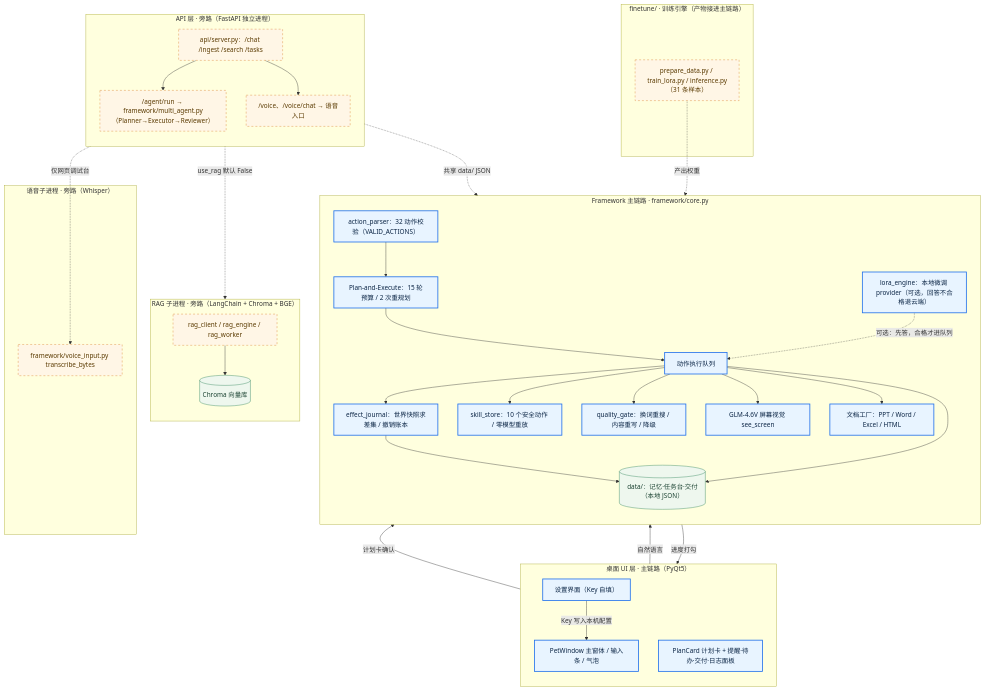
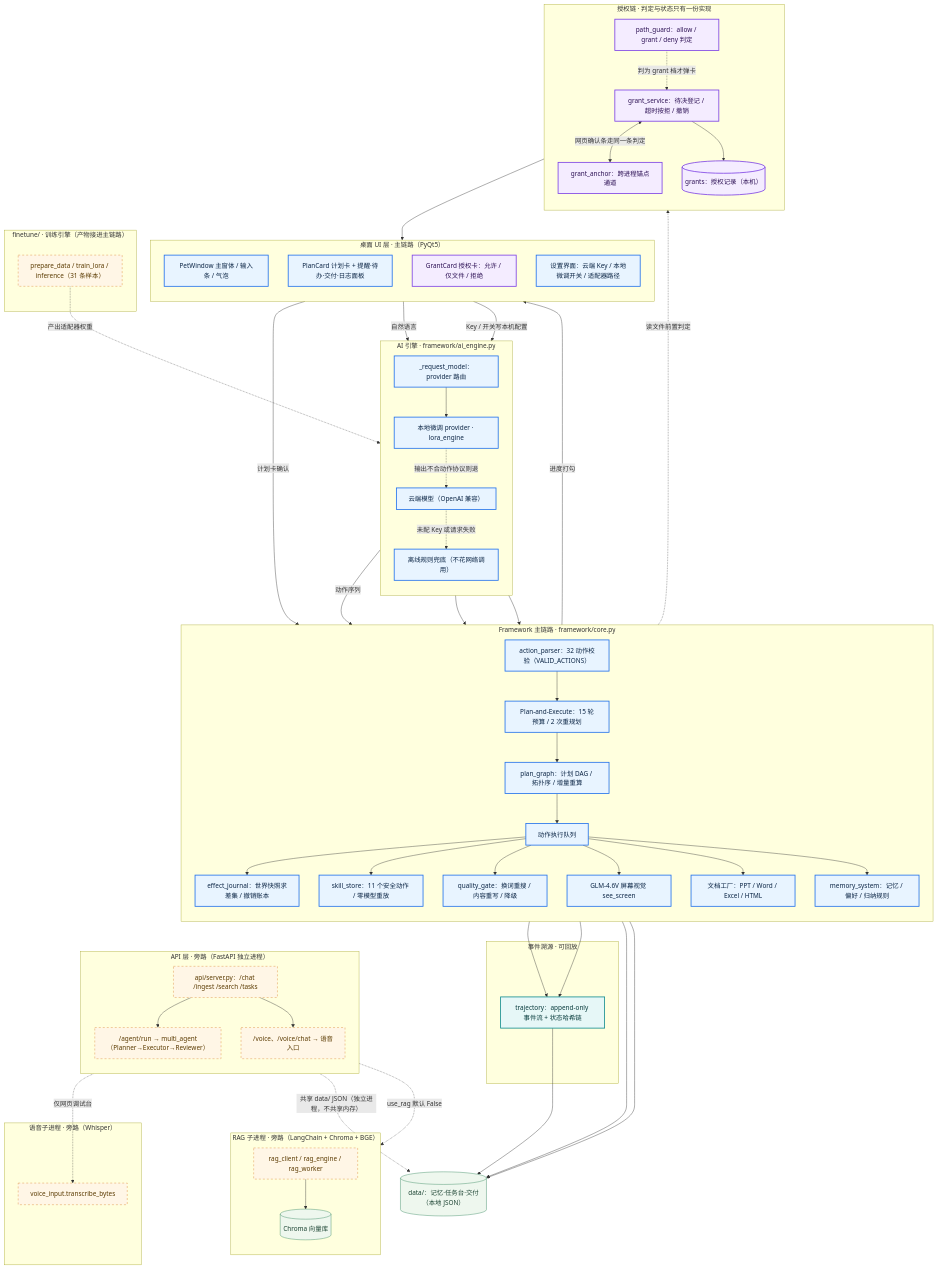
One commit to hm-yep/L-Agent changed the diagram in docs/架构说明.md. Above: the diagram before and after it, drawn with Mermaid. The commit also changed other lines of this file and 1 other file, not shown here.

Commit message:
docs: 架构说明补上 ai_engine / 授权链 / 事件溯源，节点对齐真实文件
原图骨架是对的，但缺了三组最该讲的模块，且有两处与代码不符。

补上：
- ai_engine：provider 路由（本地微调 → 云端 → 离线规则）的三级降级链。
  core.py 里是必经节点（第 27 行导入），原图一个字都没有，于是 lora_engine
  看起来像并列入口，实际只是 _request_lora 一个分支。
- 授权链：path_guard（判定）/ grant_service（状态）/ grant_anchor（跨进程）
  / grants（记录）+ GrantCard（渲染）。原图完全没有，而这是安全边界所在。
- trajectory：append-only 事件流 + 状态哈希链，撤销与偏好归纳的共同底座。
- plan_graph：计划 DAG 校验与增量重算（原图只有「15 轮预算」一个数字）。
- memory_system：记忆 / 偏好 / 归纳规则。

修正：
- skill_store 白名单实为 11 个动作（原写 10），README 与本文一并订正。
- finetune/ 原标「历史文档，与代码不一致」已过时——三个脚本已与主链路对齐
  （提示词模板统一到 lora_format），改为说明现状。

新增「三条横切关注点，为什么单独画」一节：解释授权链为什么判定与状态必须
分开、超时为什么按拒处理而不混同用户拒绝、provider 为什么是三级降级而非并列。

契约 111/111 通过。

````diff
--- a/docs/架构说明.md
+++ b/docs/架构说明.md
@@ -10,27 +18,48 @@
         direction TB
         U1["PetWindow 主窗体 / 输入条 / 气泡"]
         U2["PlanCard 计划卡 + 提醒·待办·交付·日志面板"]
-        U3["设置界面（Key 自填）"]
+        U3["GrantCard 授权卡：允许 / 仅文件 / 拒绝"]
+        U4["设置界面：云端 Key / 本地微调开关 / 适配器路径"]
+    end
+
+    subgraph ENGINE["AI 引擎 · framework/ai_engine.py"]
+        direction TB
+        E1["_request_model：provider 路由"]
+        E2["本地微调 provider · lora_engine"]
+        E3["云端模型（OpenAI 兼容）"]
+        E4["离线规则兜底（不花网络调用）"]
     end
 
     subgraph FW["Framework 主链路 · framework/core.py"]
         direction TB
         F1["action_parser：32 动作校验（VALID_ACTIONS）"]
         F2["Plan-and-Execute：15 轮预算 / 2 次重规划"]
-        F3["动作执行队列"]
-        F4["effect_journal：世界快照求差集 / 撤销账本"]
-        F5["skill_store：10 个安全动作 / 零模型重放"]
-        F6["quality_gate：换词重搜 / 内容重写 / 降级"]
-        F7["GLM-4.6V 屏幕视觉 see_screen"]
-        F8["文档工厂：PPT / Word / Excel / HTML"]
-        F9[("data/：记忆·任务台·交付（本地 JSON）")]
-        F10["lora_engine：本地微调 provider（可选，回答不合格退云端）"]
+        F3["plan_graph：计划 DAG / 拓扑序 / 增量重算"]
+        F4["动作执行队列"]
+        F5["effect_journal：世界快照求差集 / 撤销账本"]
+        F6["skill_store：11 个安全动作 / 零模型重放"]
+        F7["quality_gate：换词重搜 / 内容重写 / 降级"]
+        F8["GLM-4.6V 屏幕视觉 see_screen"]
+        F9["文档工厂：PPT / Word / Excel / HTML"]
+        F10["memory_system：记忆 / 偏好 / 归纳规则"]
+    end
+
+    subgraph GUARD["授权链 · 判定与状态只有一份实现"]
+        direction TB
+        G1["path_guard：allow / grant / deny 判定"]
+        G2["grant_service：待决登记 / 超时按拒 / 撤销"]
+        G3["grant_anchor：跨进程锚点通道"]
+        G4[("grants：授权记录（本机）")]
+    end
+
+    subgraph TRACE["事件溯源 · 可回放"]
+        T1["trajectory：append-only 事件流 + 状态哈希链"]
     end
 
     subgraph API["API 层 · 旁路（FastAPI 独立进程）"]
         direction TB
         A1["api/server.py：/chat /ingest /search /tasks"]
-        A2["/agent/run → framework/multi_agent.py（Planner→Executor→Reviewer）"]
+        A2["/agent/run → multi_agent（Planner→Executor→Reviewer）"]
         A3["/voice、/voice/chat → 语音入口"]
     end
 
@@ -41,40 +70,63 @@
     end
 
     subgraph VOICE["语音子进程 · 旁路（Whisper）"]
-        V1["framework/voice_input.py transcribe_bytes"]
+        V1["voice_input.transcribe_bytes"]
     end
 
     subgraph FT["finetune/ · 训练引擎（产物接进主链路）"]
-        T1["prepare_data.py / train_lora.py / inference.py（31 条样本）"]
+        FT1["prepare_data / train_lora / inference（31 条样本）"]
     end
 
-    U1 -->|"自然语言"| F1
+    S1[("data/：记忆·任务台·交付（本地 JSON）")]
+
+    U1 -->|"自然语言"| E1
+    E1 --> E2
+    E2 -.->|"输出不合动作协议则退"| E3
+    E3 -.->|"未配 Key 或请求失败"| E4
+    E2 -->|"动作序列"| F1
+    E3 --> F1
+    E4 --> F1
+
+    F1 --> F2 --> F3 --> F4
     U2 -->|"计划卡确认"| F2
     F2 -->|"进度打勾"| U2
-    U3 -->|"Key 写入本机配置"| U1
-    F1 --> F2 --> F3
-    F3 --> F4
-    F3 --> F5
-    F3 --> F6
-    F3 --> F7
-    F3 --> F8
+    U4 -->|"Key / 开关写本机配置"| E1
+
+    F4 -.->|"读文件前置判定"| G1
+    G1 -.->|"判为 grant 档才弹卡"| G2
+    G2 --> U3
+    G2 <-->|"网页确认条走同一条判定"| G3
+    G2 --> G4
+
+    F4 --> F5
+    F4 --> F6
+    F4 --> F7
+    F4 --> F8
     F4 --> F9
-    F3 --> F9
+    F4 --> F10
+    F4 --> T1
+    F5 --> T1
+    F10 --> S1
+    T1 --> S1
+    F4 --> S1
 
     A1 --> A2
     A1 --> A3
-    A3 -.->|"仅网页调试台"| V1
     A1 -.->|"use_rag 默认 False"| R1
     R1 --> R2
-    A1 -.->|"共享 data/ JSON"| F9
-    T1 -.->|"产出权重"| F10
-    F10 -.->|"可选：先答，合格才进队列"| F3
+    A3 -.->|"仅网页调试台"| V1
+    A1 -.->|"共享 data/ JSON（独立进程，不共享内存）"| S1
+    FT1 -.->|"产出适配器权重"| E2
 
     classDef main fill:#e8f4ff,stroke:#1f6feb,stroke-width:2px,color:#0b2545;
     classDef side fill:#fff6e6,stroke:#d9822b,stroke-dasharray:5 5,color:#5a3a00;
     classDef store fill:#eef7ee,stroke:#2f855a,color:#1b4332;
+    classDef guard fill:#f4ecff,stroke:#7b3fe4,stroke-width:2px,color:#2d1155;
+    classDef trace fill:#e6f7f7,stroke:#0f8b8d,stroke-width:2px,color:#073b3c;
 
-    class U1,U2,U3,F1,F2,F3,F4,F5,F6,F7,F8,F10 main;
-    class A1,A2,A3,R1,V1,T1 side;
-    class F9,R2 store;
+    class U1,U2,U4,E1,E2,E3,E4,F1,F2,F3,F4,F5,F6,F7,F8,F9,F10 main;
+    class U3,G1,G2,G3,G4 guard;
+    class T1 trace;
+    class A1,A2,A3,R1,V1,FT1 side;
+    class S1,R2 store;
 ```
````
